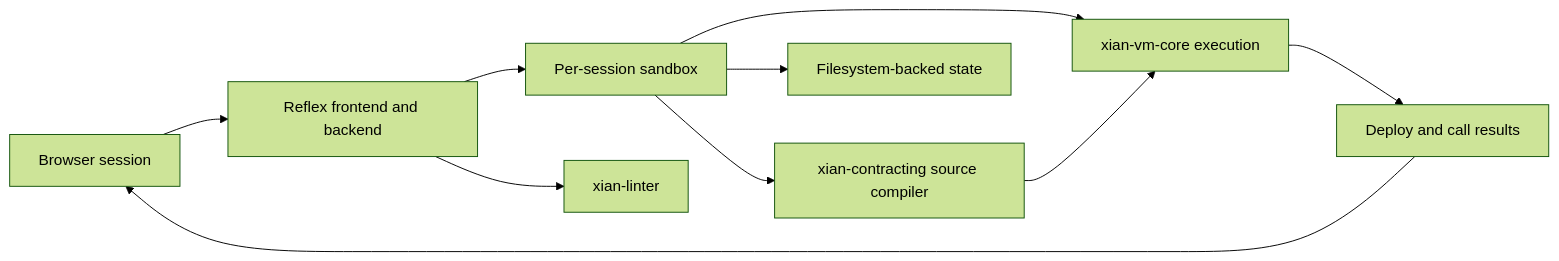
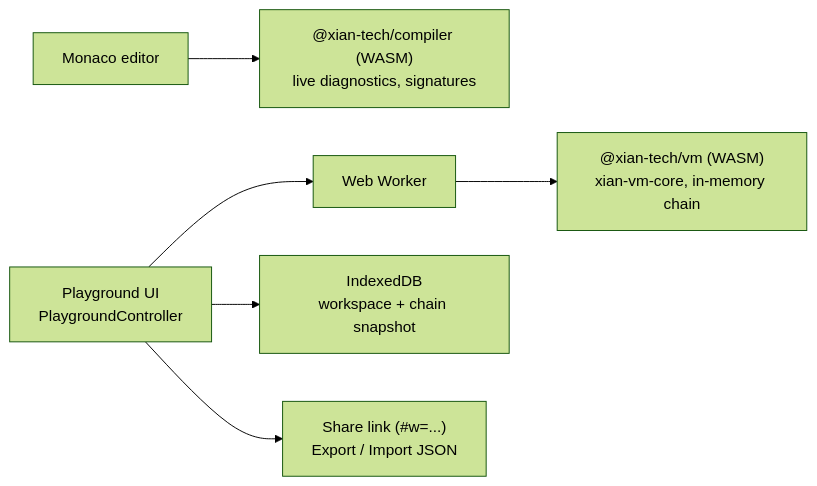
The diagram in README.md (xian-technology/xian-playground-web), drawn with Mermaid (forest theme) before and after one commit. The commit also changed other lines of this file and 33 other files, not shown here.

First line of the commit message:
Replace the Reflex app with the static Next.js playground

````diff
--- a/README.md
+++ b/README.md
@@ -20,12 +14,8 @@
 ```mermaid
 flowchart LR
-  Browser["Browser session"] --> Reflex["Reflex frontend and backend"]
-  Reflex --> Session["Per-session sandbox"]
-  Session --> Compiler["xian-contracting source compiler"]
-  Session --> VM["xian-vm-core execution"]
-  Session --> Storage["Filesystem-backed state"]
-  Reflex --> Linter["xian-linter"]
-  Compiler --> VM
-  VM --> Results["Deploy and call results"]
-  Results --> Browser
+  Editor["Monaco editor"] --> Compiler["@xian-tech/compiler (WASM)<br/>live diagnostics, signatures"]
+  UI["Playground UI<br/>PlaygroundController"] --> Worker["Web Worker"]
+  Worker --> VM["@xian-tech/vm (WASM)<br/>xian-vm-core, in-memory chain"]
+  UI --> IDB["IndexedDB<br/>workspace + chain snapshot"]
+  UI --> Share["Share link (#w=...)<br/>Export / Import JSON"]
 ```
````
